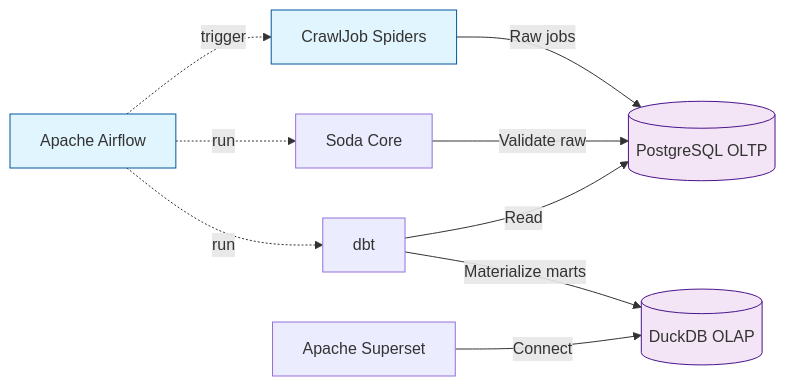
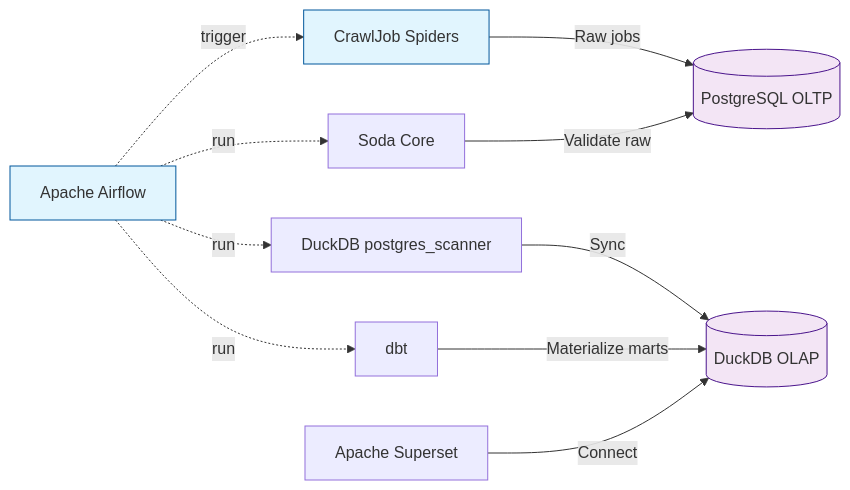
Before and after one commit to thethien8a/Crawl-Jobs: the second of 4 diagrams in plan/DATA_ENGINEERING_STACK_PLAN.md, drawn with Mermaid. The commit also changed other lines of this file and 11 other files, not shown here.

````diff
--- a/plan/DATA_ENGINEERING_STACK_PLAN.md
+++ b/plan/DATA_ENGINEERING_STACK_PLAN.md
@@ -143,16 +142,17 @@
 ```mermaid
 flowchart LR
     Airflow[Apache Airflow] -. trigger .-> Spiders[CrawlJob Spiders]
     Spiders -->|Raw jobs| Postgres[(PostgreSQL OLTP)]
     Airflow -. run .-> Soda[Soda Core]
     Soda -->|Validate raw| Postgres
+    Airflow -. run .-> Scanner[DuckDB postgres_scanner]
+    Scanner -->|Sync| DuckDB[(DuckDB OLAP)]
     Airflow -. run .-> dbt[dbt]
-    dbt -->|Read| Postgres
-    dbt -->|Materialize marts| DuckDB[(DuckDB OLAP)]
+    dbt -->|Materialize marts| DuckDB
     Superset[Apache Superset] -->|Connect| DuckDB
 
     classDef c1 fill:#e1f5fe,stroke:#01579b,stroke-width:1px
     classDef c2 fill:#f3e5f5,stroke:#4a148c,stroke-width:1px
     class Airflow,Spiders c1
     class Postgres,DuckDB c2
 ```
````
